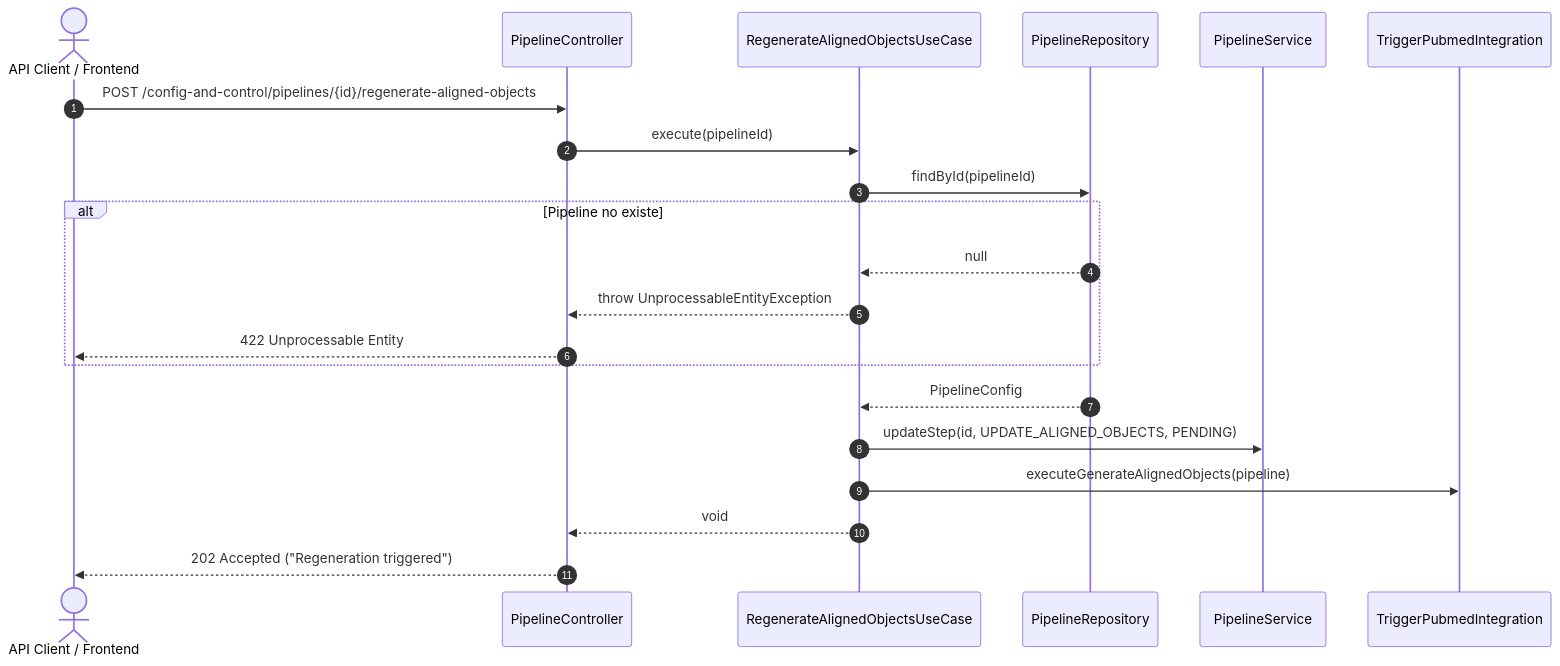
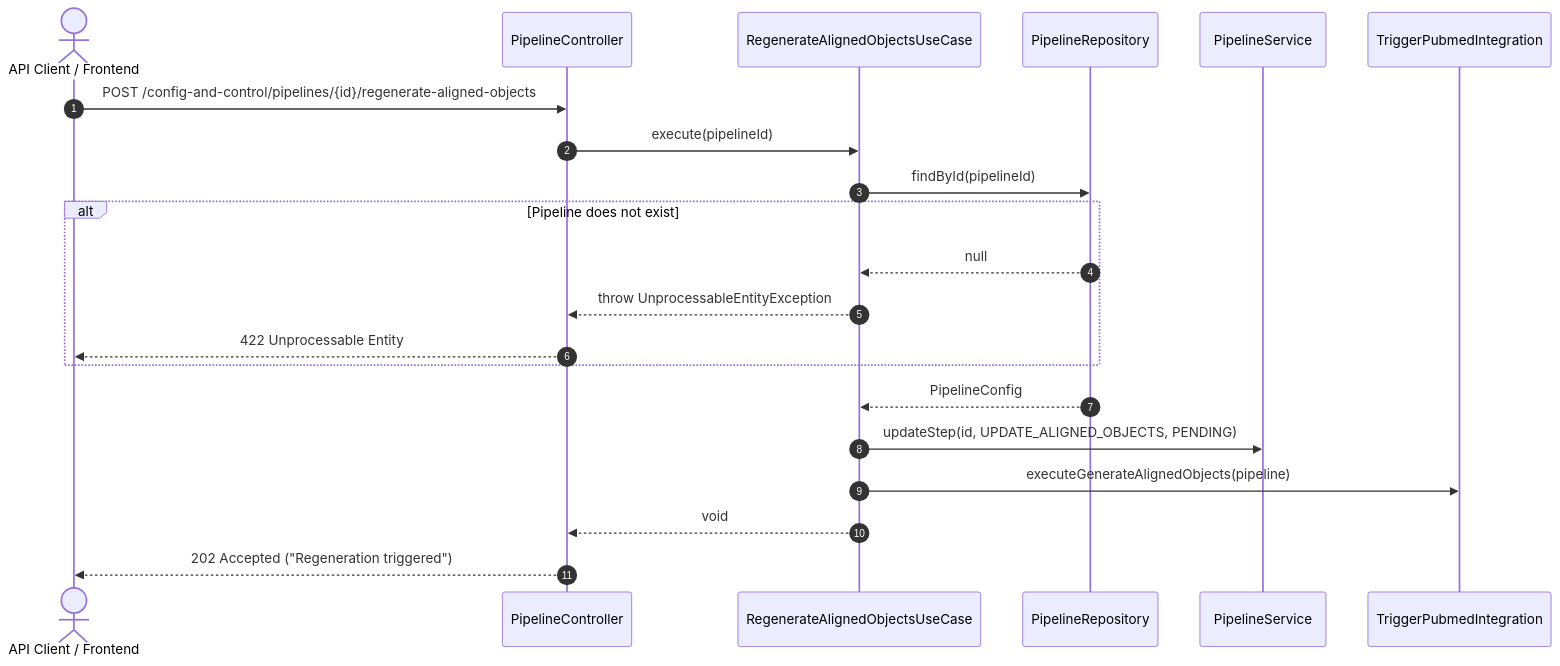
The diagram in .agents/use_cases/RegenerateAlignedObjectsUseCase.md (Biopatternsg-ms/config-and-control), drawn with Mermaid before and after one commit. The commit also changed other lines of this file and 16 other files, not shown here.

````diff
--- a/.agents/use_cases/RegenerateAlignedObjectsUseCase.md
+++ b/.agents/use_cases/RegenerateAlignedObjectsUseCase.md
@@ -30,24 +30,24 @@
 ```mermaid
 sequenceDiagram
     autonumber
-    actor Cliente as API Client / Frontend
+    actor Client as API Client / Frontend
     participant Controller as PipelineController
     participant UseCase as RegenerateAlignedObjectsUseCase
     participant PipeRepo as PipelineRepository
     participant PipeService as PipelineService
     participant PubmedAdapter as TriggerPubmedIntegration
 
-    Cliente->>Controller: POST /config-and-control/pipelines/{id}/regenerate-aligned-objects
+    Client->>Controller: POST /config-and-control/pipelines/{id}/regenerate-aligned-objects
     Controller->>UseCase: execute(pipelineId)
     UseCase->>PipeRepo: findById(pipelineId)
-    alt Pipeline no existe
+    alt Pipeline does not exist
         PipeRepo-->>UseCase: null
         UseCase-->>Controller: throw UnprocessableEntityException
-        Controller-->>Cliente: 422 Unprocessable Entity
+        Controller-->>Client: 422 Unprocessable Entity
     end
     PipeRepo-->>UseCase: PipelineConfig
     UseCase->>PipeService: updateStep(id, UPDATE_ALIGNED_OBJECTS, PENDING)
     UseCase->>PubmedAdapter: executeGenerateAlignedObjects(pipeline)
     UseCase-->>Controller: void
-    Controller-->>Cliente: 202 Accepted ("Regeneration triggered")
+    Controller-->>Client: 202 Accepted ("Regeneration triggered")
 ```
````
